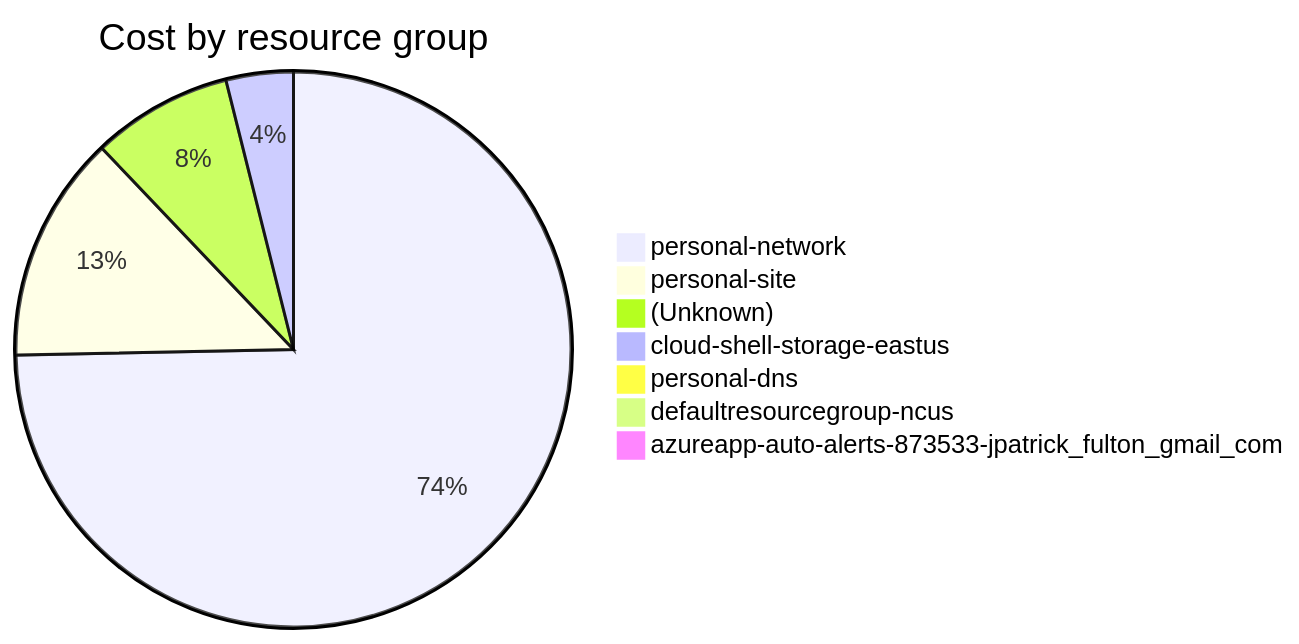
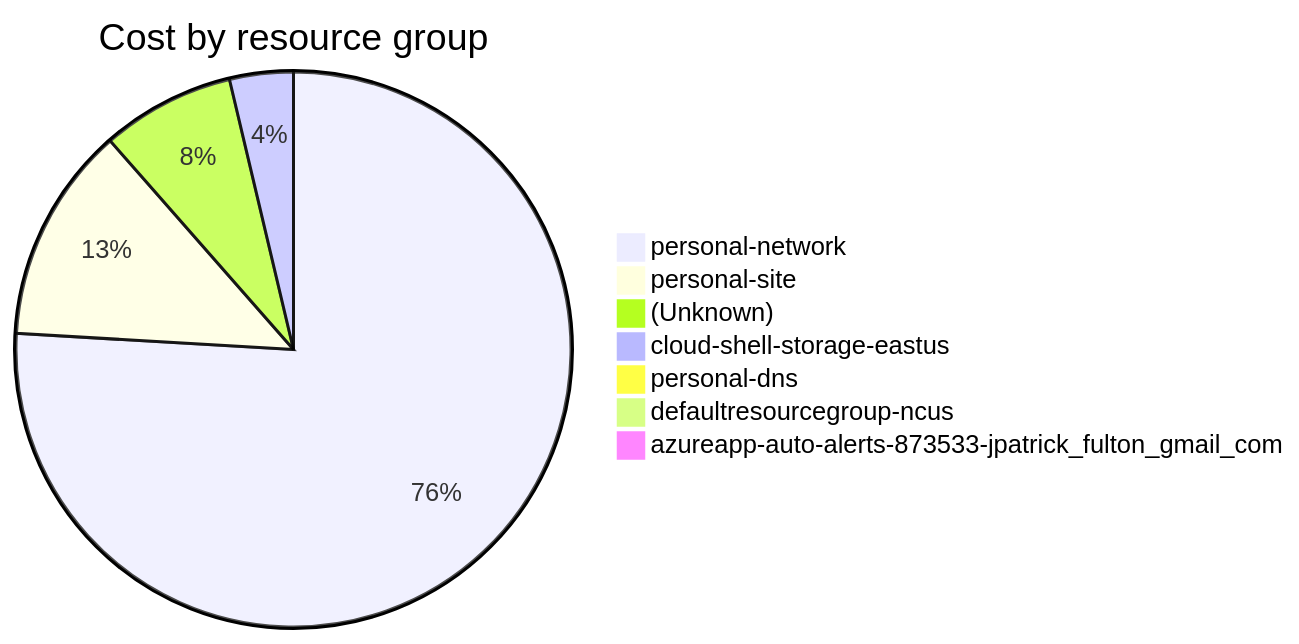
The fourth of 4 diagrams in cost-reports/accumulated-cost.md (jpfulton/azure-personal-reports), drawn with Mermaid before and after one commit. The commit also changed other lines of this file and 32 other files, not shown here.

````diff
--- a/cost-reports/accumulated-cost.md
+++ b/cost-reports/accumulated-cost.md
@@ -159,11 +159,11 @@
 ```mermaid
 pie
    title Cost by resource group
-   "personal-network" : 105.55
-   "personal-site" : 18.68
-   "(Unknown)" : 11.58
+   "personal-network" : 113.33
+   "personal-site" : 18.81
+   "(Unknown)" : 11.59
    "cloud-shell-storage-eastus" : 5.53
-   "personal-dns" : 0.43
+   "personal-dns" : 0.44
    "defaultresourcegroup-ncus" : 0.00
    "azureapp-auto-alerts-873533-jpatrick_fulton_gmail_com" : 0.00
 ```
````
